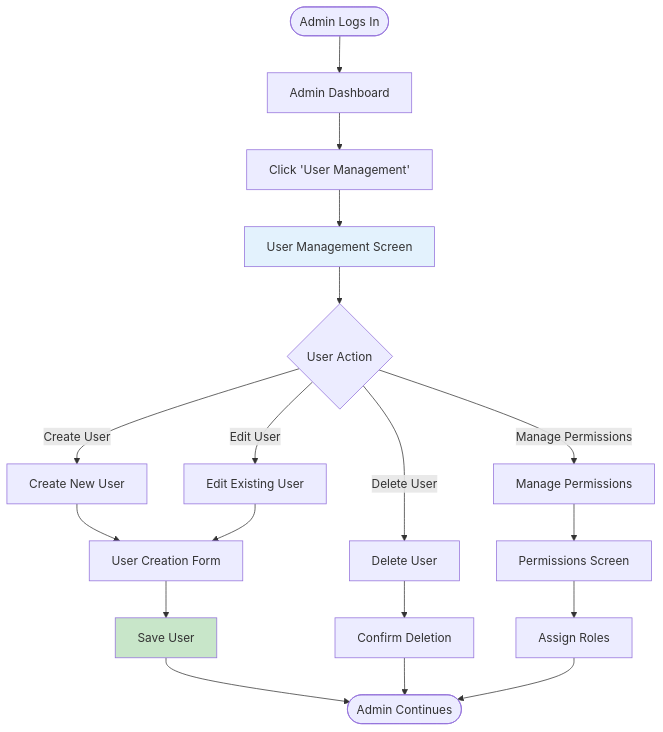
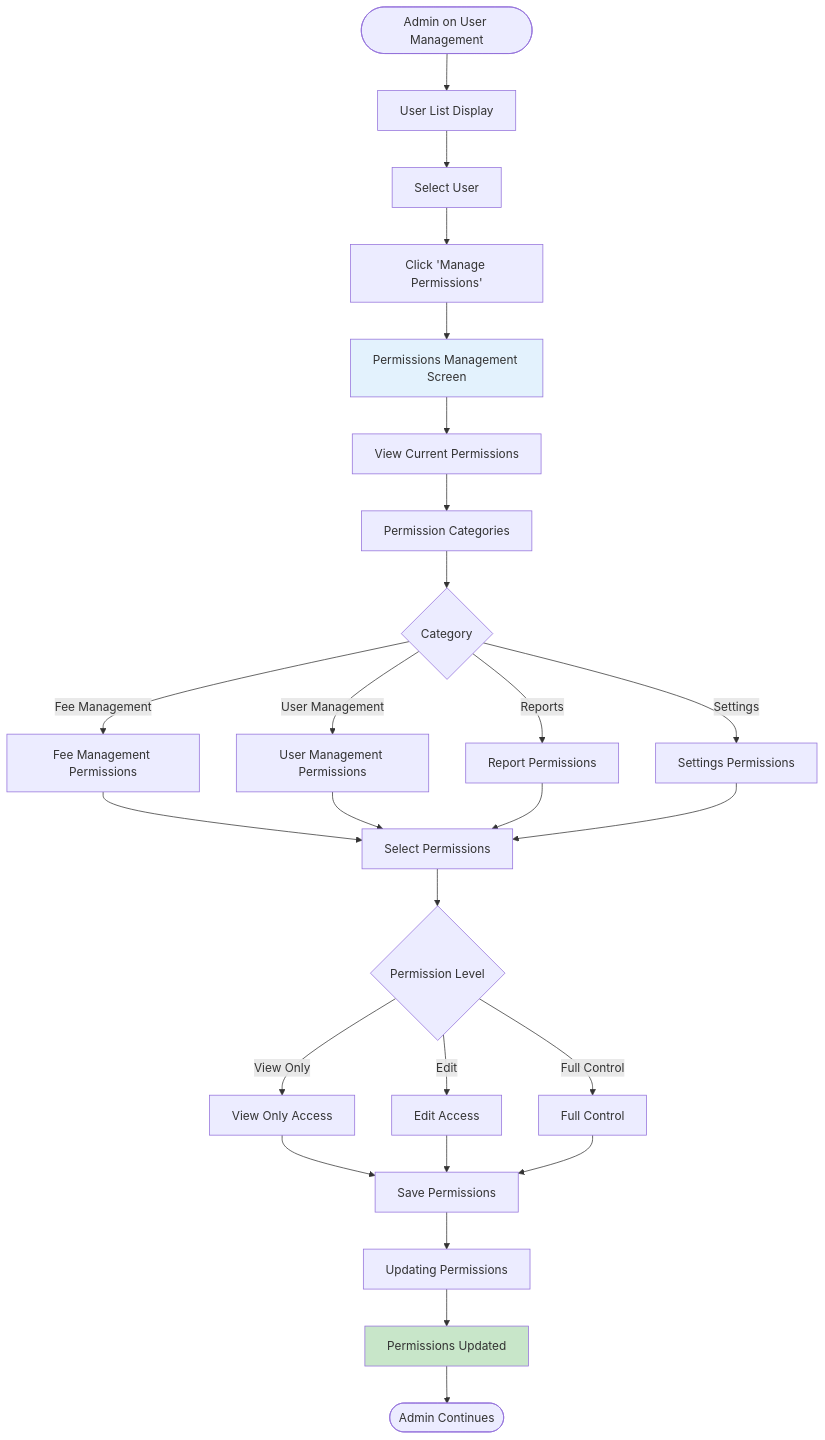
Before and after one commit to Armaan42/fee_management: the fourth of 16 diagrams in docs/modules/10-utilities-settings/USER_FLOWS.md, drawn with Mermaid. The commit also changed other lines of this file and 2 other files, not shown here.

````diff
--- a/docs/modules/10-utilities-settings/USER_FLOWS.md
+++ b/docs/modules/10-utilities-settings/USER_FLOWS.md
@@ -22,30 +172,41 @@
 ```mermaid
 flowchart TD
-    Start([Admin Logs In]) --> Dashboard[Admin Dashboard]
+    Start([Admin on User Management]) --> UserList[User List Display]
+    UserList --> SelectUser[Select User]
     
-    Dashboard --> ClickUsers[Click 'User Management']
-    ClickUsers --> UserScreen[User Management Screen]
+    SelectUser --> ClickPermissions[Click 'Manage Permissions']
+    ClickPermissions --> PermissionsScreen[Permissions Management Screen]
     
-    UserScreen --> ActionChoice{User Action}
+    PermissionsScreen --> ViewCurrent[View Current Permissions]
+    ViewCurrent --> PermissionCategories[Permission Categories]
     
-    ActionChoice -->|Create User| CreateUser[Create New User]
-    ActionChoice -->|Edit User| EditUser[Edit Existing User]
-    ActionChoice -->|Delete User| DeleteUser[Delete User]
-    ActionChoice -->|Manage Permissions| ManagePerms[Manage Permissions]
+    PermissionCategories --> CategoryChoice{Category}
     
-    CreateUser --> UserForm[User Creation Form]
-    EditUser --> UserForm
+    CategoryChoice -->|Fee Management| FeePerms[Fee Management Permissions]
+    CategoryChoice -->|User Management| UserPerms[User Management Permissions]
+    CategoryChoice -->|Reports| ReportPerms[Report Permissions]
+    CategoryChoice -->|Settings| SettingsPerms[Settings Permissions]
     
-    UserForm --> SaveUser[Save User]
-    SaveUser --> End([Admin Continues])
+    FeePerms --> SelectPermissions[Select Permissions]
+    UserPerms --> SelectPermissions
+    ReportPerms --> SelectPermissions
+    SettingsPerms --> SelectPermissions
     
-    DeleteUser --> ConfirmDelete[Confirm Deletion]
-    ConfirmDelete --> End
+    SelectPermissions --> PermissionLevel{Permission Level}
     
-    ManagePerms --> PermissionsScreen[Permissions Screen]
-    PermissionsScreen --> AssignRoles[Assign Roles]
-    AssignRoles --> End
+    PermissionLevel -->|View Only| ViewOnly[View Only Access]
+    PermissionLevel -->|Edit| EditAccess[Edit Access]
+    PermissionLevel -->|Full Control| FullControl[Full Control]
     
-    style UserScreen fill:#e3f2fd
-    style SaveUser fill:#c8e6c9
+    ViewOnly --> SavePermissions[Save Permissions]
+    EditAccess --> SavePermissions
+    FullControl --> SavePermissions
+    
+    SavePermissions --> ProcessingState[Updating Permissions]
+    ProcessingState --> PermissionsUpdated[Permissions Updated]
+    
+    PermissionsUpdated --> End([Admin Continues])
+    
+    style PermissionsScreen fill:#e3f2fd
+    style PermissionsUpdated fill:#c8e6c9
 ```
````
